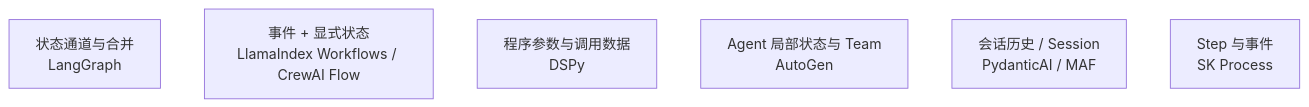
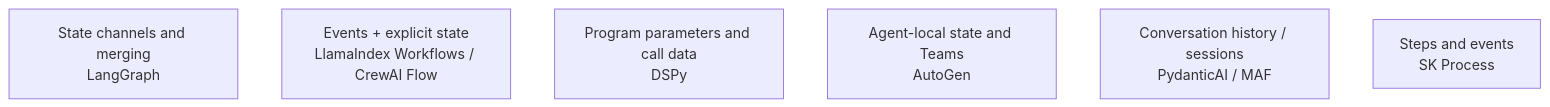
Before and after one commit to oneleaveknowsthefall/awesome-ai-roadmap: the diagram in docs/frameworks/06-selection-portability/22-cross-framework-technical-taxonomy.md, drawn with Mermaid. The commit also changed other lines of this file and 70 other files, not shown here.

````diff
--- a/docs/frameworks/06-selection-portability/22-cross-framework-technical-taxonomy.md
+++ b/docs/frameworks/06-selection-portability/22-cross-framework-technical-taxonomy.md
@@ -28,9 +28,9 @@
 ```mermaid
 flowchart TB
-    S1["状态通道与合并<br/>LangGraph"]
-    S2["事件 + 显式状态<br/>LlamaIndex Workflows / CrewAI Flow"]
-    S3["程序参数与调用数据<br/>DSPy"]
-    S4["Agent 局部状态与 Team<br/>AutoGen"]
-    S5["会话历史 / Session<br/>PydanticAI / MAF"]
-    S6["Step 与事件<br/>SK Process"]
+    S1["State channels and merging<br/>LangGraph"]
+    S2["Events + explicit state<br/>LlamaIndex Workflows / CrewAI Flow"]
+    S3["Program parameters and call data<br/>DSPy"]
+    S4["Agent-local state and Teams<br/>AutoGen"]
+    S5["Conversation history / sessions<br/>PydanticAI / MAF"]
+    S6["Steps and events<br/>SK Process"]
 ```
````
